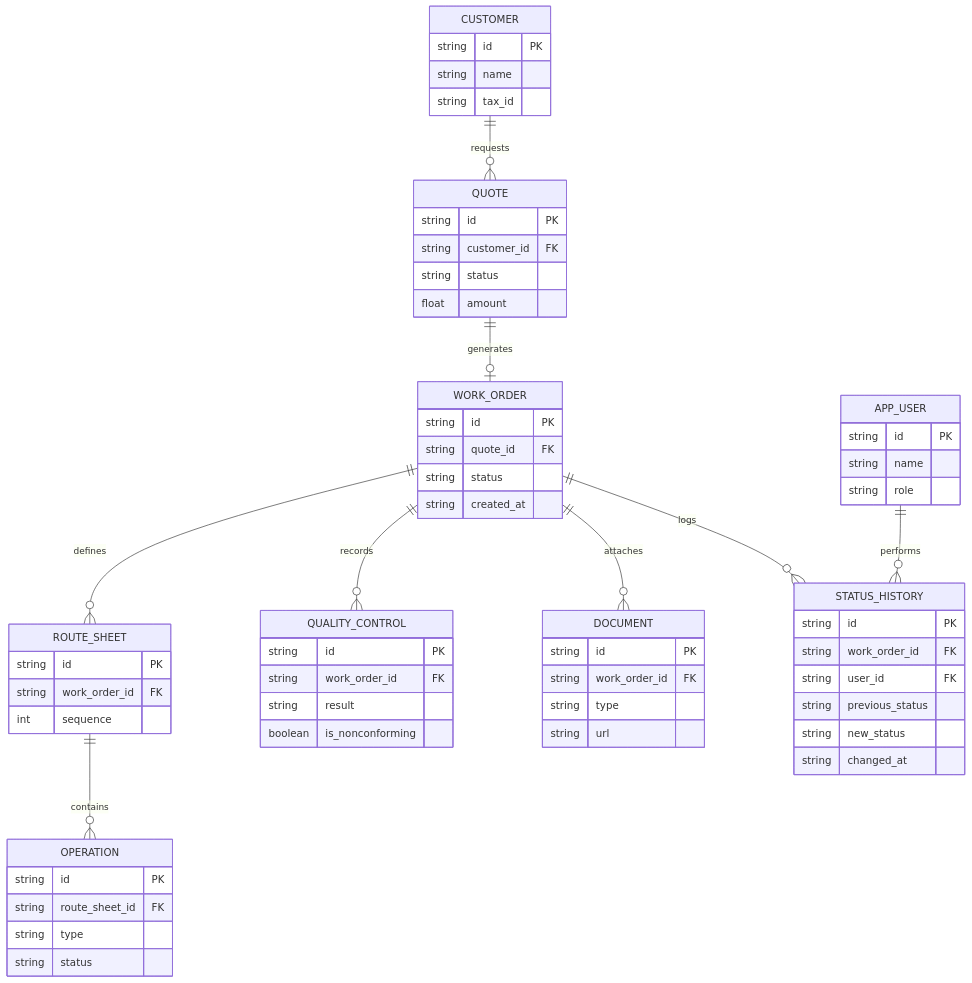
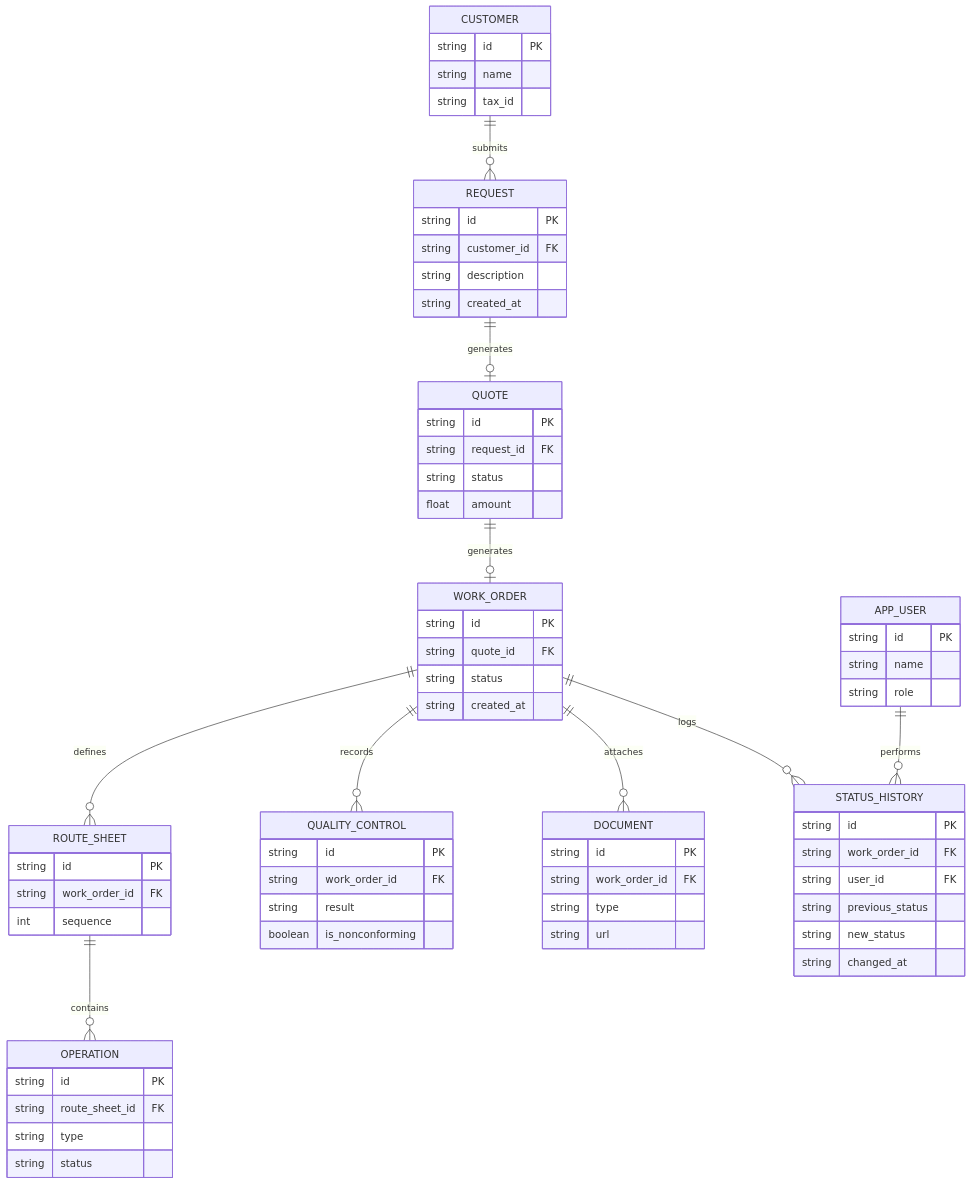
Before and after one commit to No-Country-simulation/S08-26-EQUIPO21-QualityTrack: the diagram in docs/architecture.md, drawn with Mermaid. The commit also changed other lines of this file, not shown here.

Commit message:
docs: update architecture document to clarify data model and state machines

````diff
--- a/docs/architecture.md
+++ b/docs/architecture.md
@@ -15,65 +12,72 @@
 ```mermaid
 erDiagram
-    CUSTOMER ||--o{ QUOTE : requests
+    CUSTOMER ||--o{ REQUEST : submits
+    REQUEST ||--o| QUOTE : generates
     QUOTE ||--o| WORK_ORDER : generates
     WORK_ORDER ||--o{ ROUTE_SHEET : defines
     ROUTE_SHEET ||--o{ OPERATION : contains
     WORK_ORDER ||--o{ QUALITY_CONTROL : records
     WORK_ORDER ||--o{ DOCUMENT : attaches
     WORK_ORDER ||--o{ STATUS_HISTORY : logs
     APP_USER ||--o{ STATUS_HISTORY : performs
 
     CUSTOMER {
         string id PK
         string name
         string tax_id
     }
+    REQUEST {
+        string id PK
+        string customer_id FK
+        string description
+        string created_at
+    }
     QUOTE {
         string id PK
-        string customer_id FK
+        string request_id FK
         string status
         float amount
     }
     WORK_ORDER {
         string id PK
         string quote_id FK
         string status
         string created_at
     }
     ROUTE_SHEET {
         string id PK
         string work_order_id FK
         int sequence
     }
     OPERATION {
         string id PK
         string route_sheet_id FK
         string type
         string status
     }
     QUALITY_CONTROL {
         string id PK
         string work_order_id FK
         string result
         boolean is_nonconforming
     }
     DOCUMENT {
         string id PK
         string work_order_id FK
         string type
         string url
     }
     STATUS_HISTORY {
         string id PK
         string work_order_id FK
         string user_id FK
         string previous_status
         string new_status
         string changed_at
     }
     APP_USER {
         string id PK
         string name
         string role
     }
 ```
````
